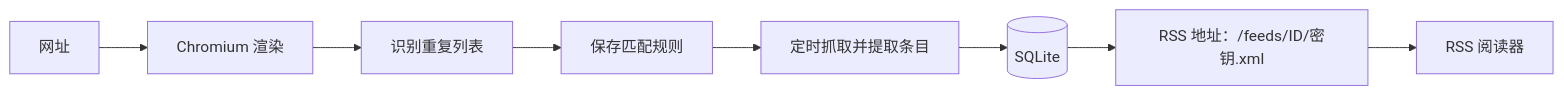
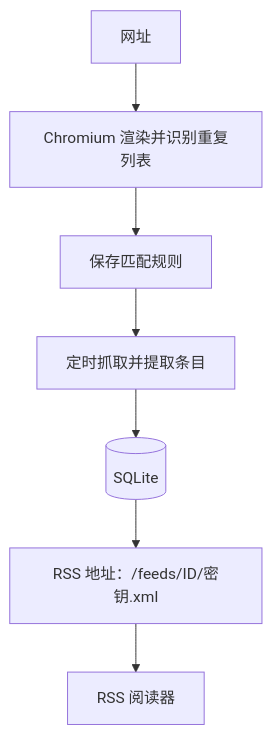
One commit to Jaaayden/feedlantern changed the diagram in README.md. Above: the diagram before and after it, drawn with Mermaid.

Commit message:
docs: lay the README flow out vertically so it stays readable on narrow screens

````diff
--- a/README.md
+++ b/README.md
@@ -56,10 +56,9 @@
 ```mermaid
-flowchart LR
-    A[网址] --> B[Chromium 渲染]
-    B --> C[识别重复列表]
-    C --> D[保存匹配规则]
-    D --> E[定时抓取并提取条目]
-    E --> F[(SQLite)]
-    F --> G["RSS 地址：/feeds/ID/密钥.xml"]
-    G --> H[RSS 阅读器]
+flowchart TB
+    A[网址] --> B[Chromium 渲染并识别重复列表]
+    B --> C[保存匹配规则]
+    C --> D[定时抓取并提取条目]
+    D --> E[(SQLite)]
+    E --> F["RSS 地址：/feeds/ID/密钥.xml"]
+    F --> G[RSS 阅读器]
 ```
````
